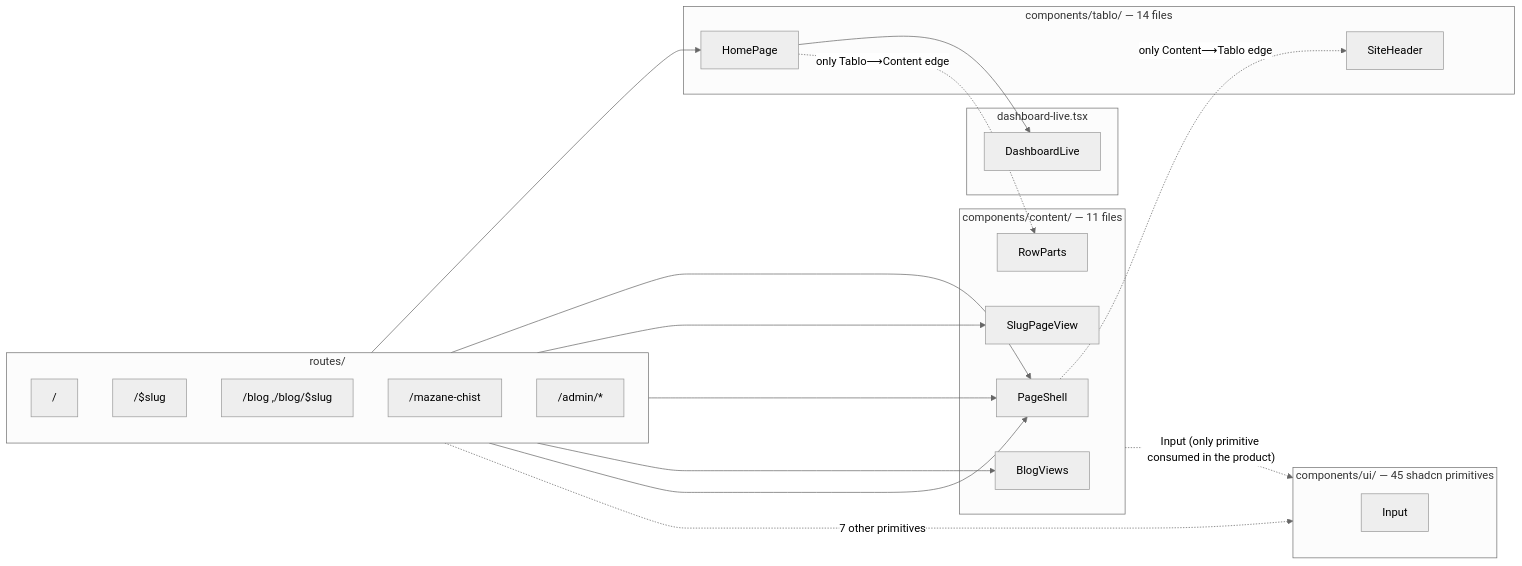
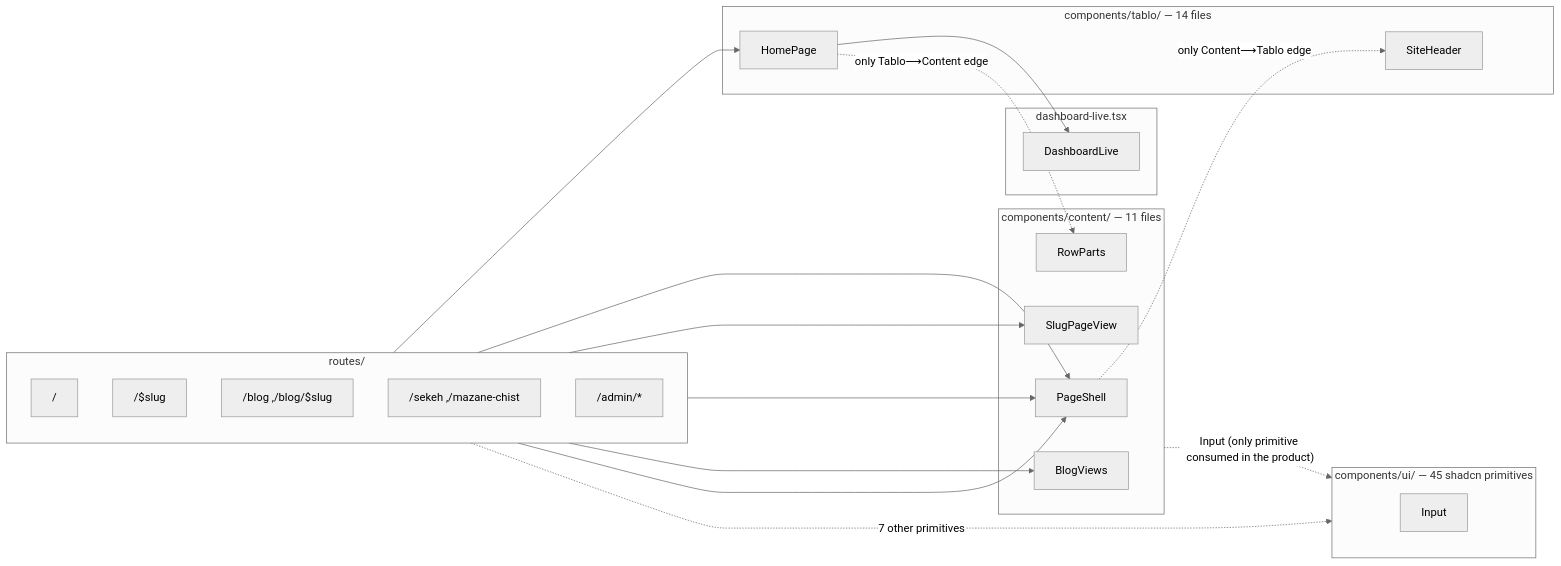
One commit to smzerehpoush/mazane.online changed the diagram in docs/02-design-components.md. Above: the diagram before and after it, drawn with Mermaid (neutral theme). The commit also changed other lines of this file and 14 other files, not shown here.

````diff
--- a/docs/02-design-components.md
+++ b/docs/02-design-components.md
@@ -31,44 +31,44 @@
 ```mermaid
 flowchart LR
     subgraph R["routes/"]
         direction TB
         Rhome["/"]
         Rslug["/$slug"]
         Rblog["/blog ,/blog/$slug"]
-        Rstatic["/mazane-chist"]
+        Rstatic["/sekeh ,/mazane-chist"]
         Radmin["/admin/*"]
     end
 
     subgraph T["components/tablo/ — 14 files"]
         HomePage
         SiteHeader
     end
 
     subgraph DL["dashboard-live.tsx"]
         DashboardLive
     end
 
     subgraph C["components/content/ — 11 files"]
         PageShell
         SlugPageView
         BlogViews
         RowParts
     end
 
     subgraph U["components/ui/ — 45 shadcn primitives"]
         Input
     end
 
     Rhome --> HomePage
     Rslug --> PageShell
     Rslug --> SlugPageView
     Rblog --> PageShell
     Rblog --> BlogViews
     Rstatic --> PageShell
     Radmin -. "7 other primitives" .-> U
 
     HomePage --> DashboardLive
     HomePage -. "only Tablo⟶Content edge" .-> RowParts
     PageShell -. "only Content⟶Tablo edge" .-> SiteHeader
     C -. "Input (only primitive consumed in the product)" .-> U
 ```
````
